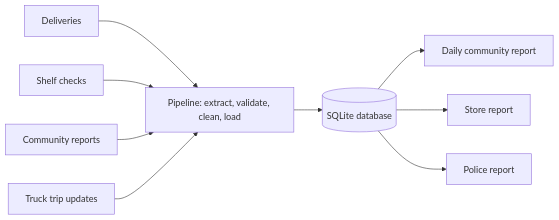
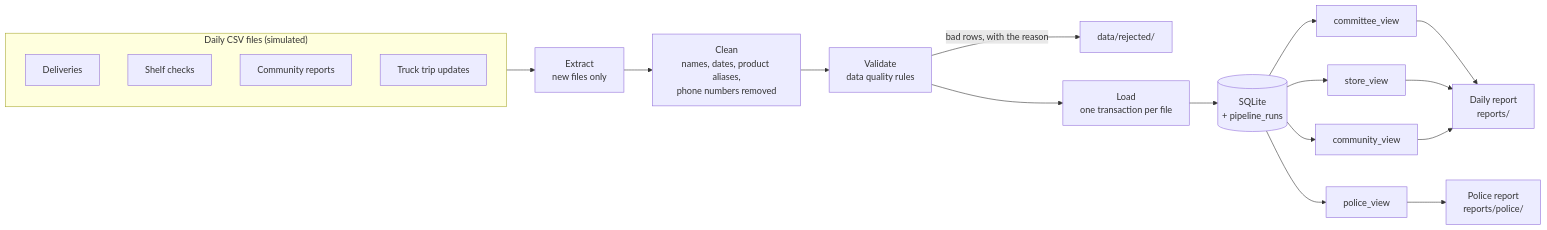
One commit to BaneleChakuma/safeshelf-tembisa changed the diagram in README.md. Above: the diagram before and after it, drawn with Mermaid. The commit also changed other lines of this file, not shown here.

Commit message:
Add an architecture section to the README (#26)
A diagram of every step, the rejected rows and the view each report
reads from, a line on what each step does, and a link to the ER diagram.

````diff
--- a/README.md
+++ b/README.md
@@ -30,11 +32,23 @@
 ```mermaid
 flowchart LR
-    A["Deliveries"] --> P["Pipeline: extract, validate, clean, load"]
-    B["Shelf checks"] --> P
-    C["Community reports"] --> P
-    D["Truck trip updates"] --> P
-    P --> DB[("SQLite database")]
-    DB --> R1["Daily community report"]
-    DB --> R2["Store report"]
-    DB --> R3["Police report"]
+    subgraph Sources["Daily CSV files (simulated)"]
+        A["Deliveries"]
+        B["Shelf checks"]
+        C["Community reports"]
+        D["Truck trip updates"]
+    end
+    Sources --> E["Extract<br/>new files only"]
+    E --> F["Clean<br/>names, dates, product aliases,<br/>phone numbers removed"]
+    F --> G["Validate<br/>data quality rules"]
+    G -- "bad rows, with the reason" --> R["data/rejected/"]
+    G --> L["Load<br/>one transaction per file"]
+    L --> DB[("SQLite<br/>+ pipeline_runs")]
+    DB --> V1["committee_view"]
+    DB --> V2["store_view"]
+    DB --> V3["community_view"]
+    DB --> V4["police_view"]
+    V1 --> DR["Daily report<br/>reports/"]
+    V2 --> DR
+    V3 --> DR
+    V4 --> PR["Police report<br/>reports/police/"]
 ```
````
